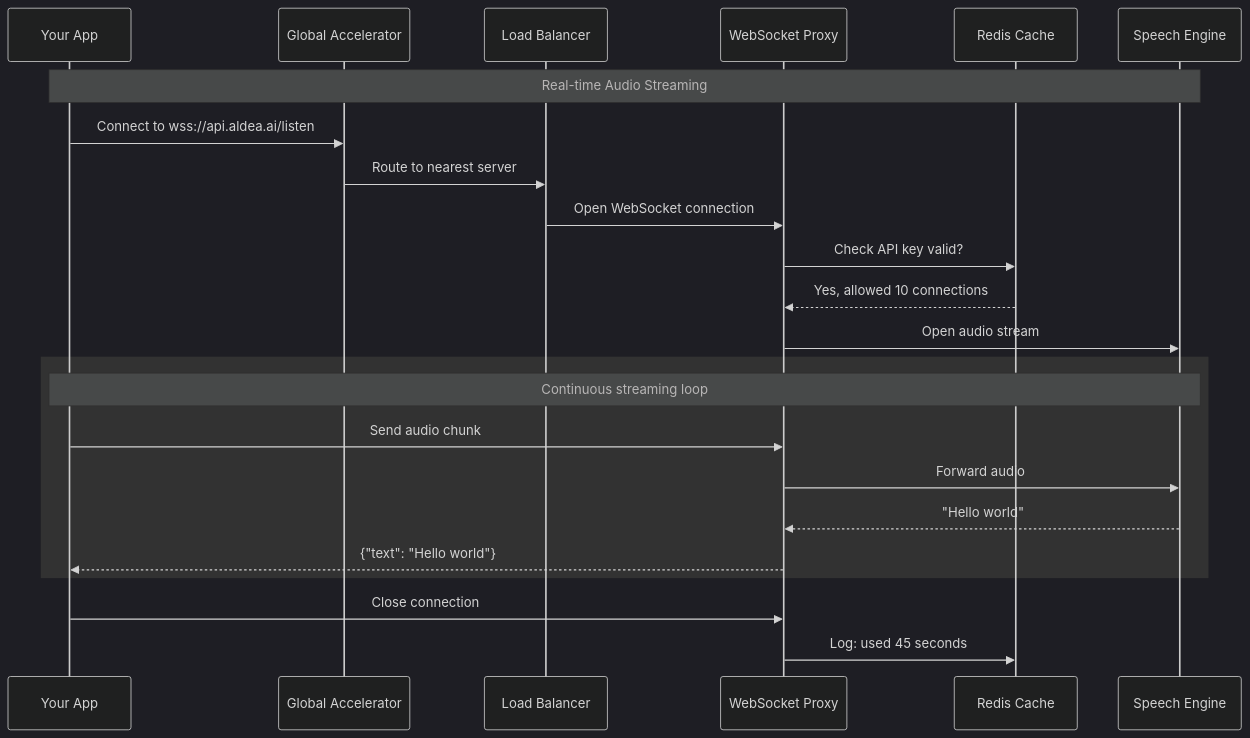
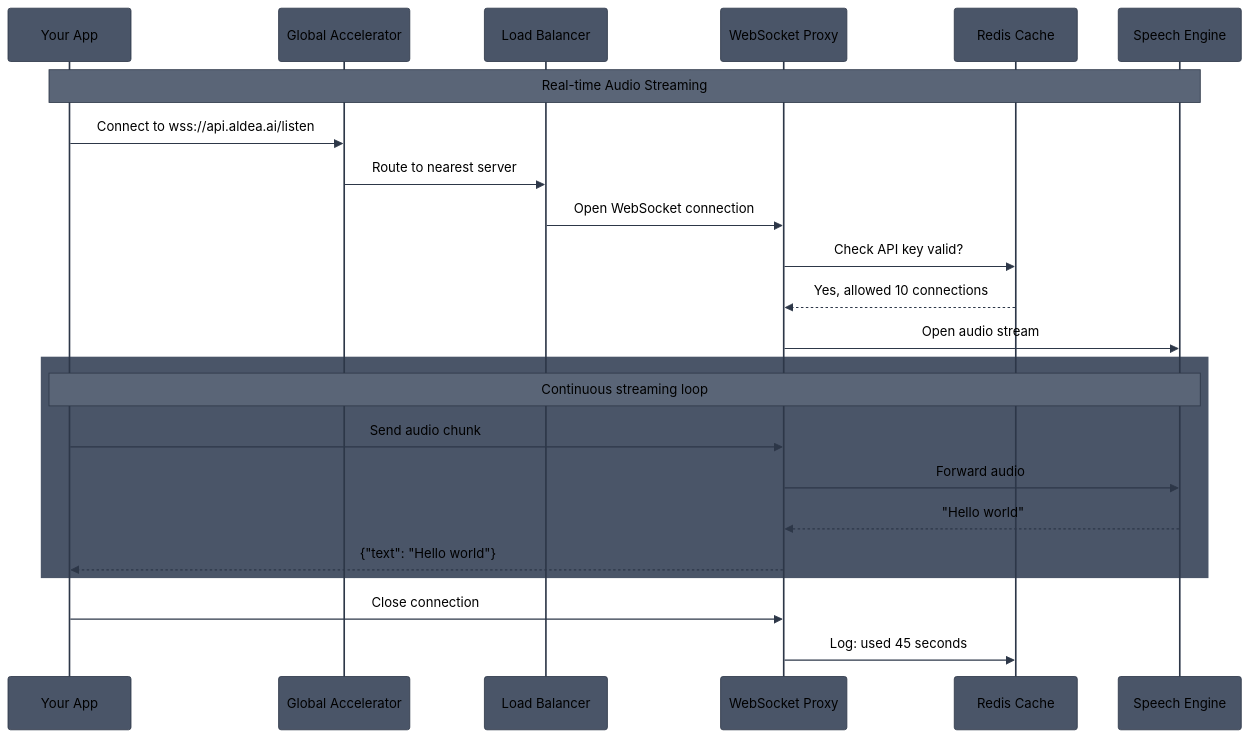
One commit to aldea-ai/infrastructure-docs changed the fourth of 8 diagrams in diagrams/ecs-architecture.md. Above: the diagram before and after it, drawn with Mermaid. The commit also changed other lines of this file and 2 other files, not shown here.

Commit message:
Use custom dark gray theme with black text for dark mode readability

````diff
--- a/diagrams/ecs-architecture.md
+++ b/diagrams/ecs-architecture.md
@@ -134,32 +134,32 @@
 ```mermaid
-%%{init: {'theme': 'dark'}}%%
+%%{init: {'theme': 'base', 'themeVariables': { 'primaryColor': '#4a5568', 'primaryTextColor': '#000', 'primaryBorderColor': '#2d3748', 'lineColor': '#2d3748', 'actorBkg': '#4a5568', 'actorBorder': '#2d3748', 'actorTextColor': '#000', 'actorLineColor': '#2d3748', 'signalColor': '#2d3748', 'signalTextColor': '#000', 'labelBoxBkgColor': '#5a6577', 'labelBoxBorderColor': '#2d3748', 'labelTextColor': '#000', 'loopTextColor': '#000', 'noteBkgColor': '#5a6577', 'noteTextColor': '#000', 'noteBorderColor': '#2d3748', 'activationBkgColor': '#6b7280', 'activationBorderColor': '#2d3748', 'sequenceNumberColor': '#000'}}}%%
 sequenceDiagram
     participant App as Your App
     participant GA as Global Accelerator
     participant LB as Load Balancer
     participant WS as WebSocket Proxy
     participant Redis as Redis Cache
     participant STT as Speech Engine
 
     Note over App,STT: Real-time Audio Streaming
 
     App->>GA: Connect to wss://api.aldea.ai/listen
     GA->>LB: Route to nearest server
     LB->>WS: Open WebSocket connection
 
     WS->>Redis: Check API key valid?
     Redis-->>WS: Yes, allowed 10 connections
 
     WS->>STT: Open audio stream
 
-    rect rgb(50, 50, 50)
+    rect rgb(74, 85, 104)
         Note over App,STT: Continuous streaming loop
         App->>WS: Send audio chunk
         WS->>STT: Forward audio
         STT-->>WS: "Hello world"
         WS-->>App: {"text": "Hello world"}
     end
 
     App->>WS: Close connection
     WS->>Redis: Log: used 45 seconds
 ```
````
